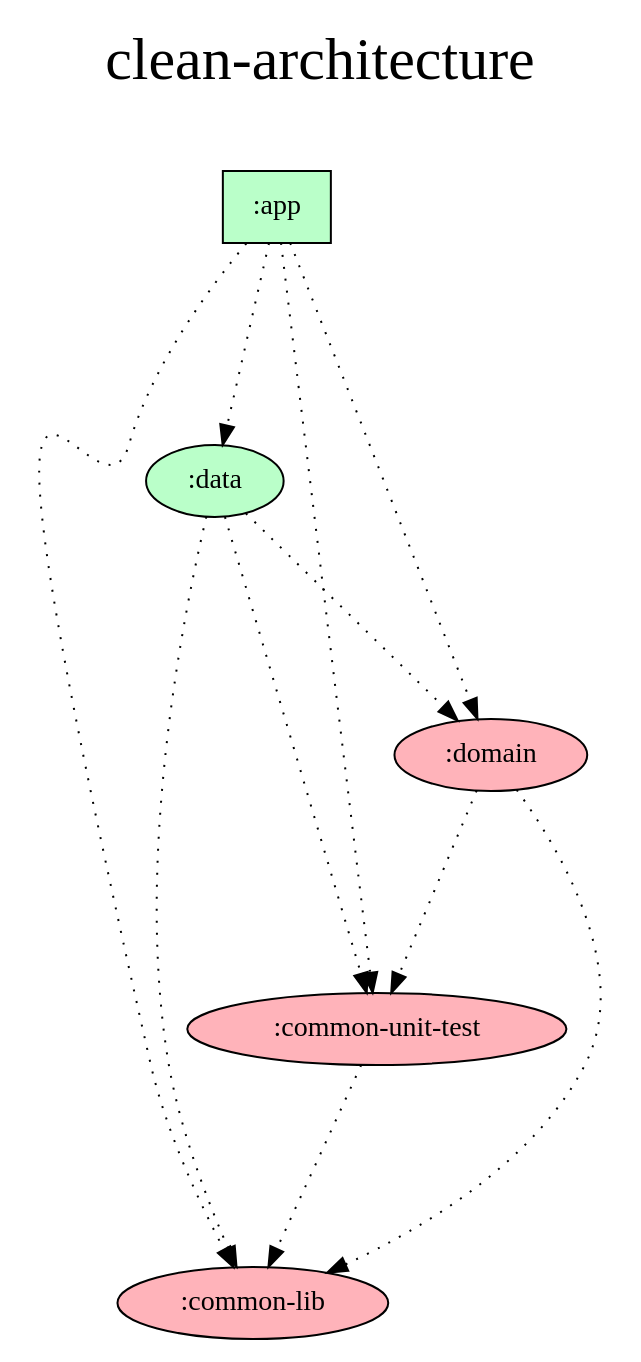
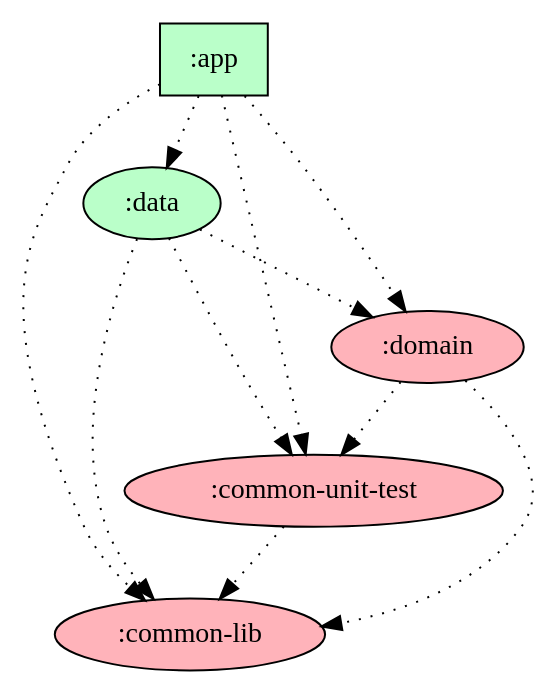
One commit to huuphuoc1396/AndroidCleanArchitecture changed the diagram in dependency-graph/project.dot. Above: the diagram before and after it, drawn with Graphviz. The commit also changed 2 other files, not shown here.

Commit message:
Update the dependency graph

```diff
--- a/dependency-graph/project.dot
+++ b/dependency-graph/project.dot
@@ -1,28 +1,28 @@
 digraph {
-  graph [label="clean-architecture\n ",labelloc=t,fontsize=30,ranksep=1.4];
+  graph [labelloc=t,fontsize=30,ranksep=0.5];
   node [style=filled, fillcolor="#bbbbbb"];
   rankdir=TB;
 
   # Projects
 
   ":app" [shape=box, fillcolor="#baffc9"];
   ":common-lib" [fillcolor="#ffb3ba"];
   ":common-unit-test" [fillcolor="#ffb3ba"];
   ":data" [fillcolor="#baffc9"];
   ":domain" [fillcolor="#ffb3ba"];
 
   {rank = same; ":app";}
 
   # Dependencies
 
   ":app" -> ":data" [style=dotted]
   ":app" -> ":domain" [style=dotted]
   ":app" -> ":common-lib" [style=dotted]
   ":app" -> ":common-unit-test" [style=dotted]
   ":common-unit-test" -> ":common-lib" [style=dotted]
   ":data" -> ":domain" [style=dotted]
   ":data" -> ":common-lib" [style=dotted]
   ":data" -> ":common-unit-test" [style=dotted]
   ":domain" -> ":common-lib" [style=dotted]
   ":domain" -> ":common-unit-test" [style=dotted]
 }
```
